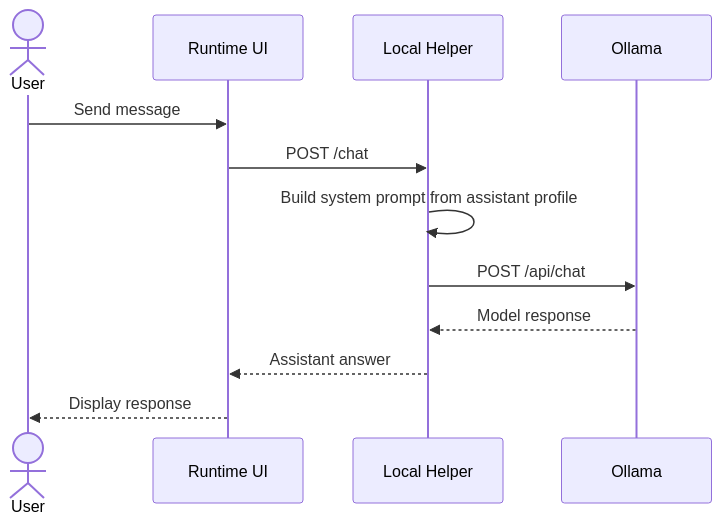
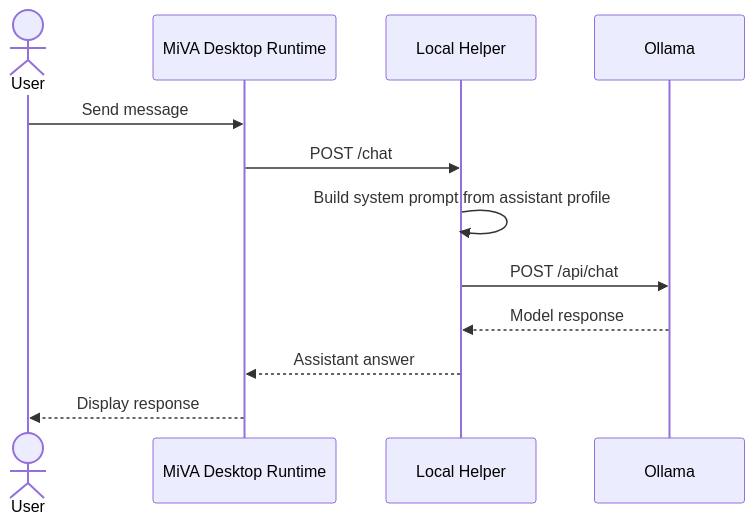
One commit to jimpmg123/MiVA changed the fifth of 7 diagrams in docs/SOFTWARE_DESIGN_DOCUMENT.md. Above: the diagram before and after it, drawn with Mermaid. The commit also changed other lines of this file and 7 other files, not shown here.

````diff
--- a/docs/SOFTWARE_DESIGN_DOCUMENT.md
+++ b/docs/SOFTWARE_DESIGN_DOCUMENT.md
@@ -520,15 +520,15 @@
 ```mermaid
 sequenceDiagram
   actor User
-  participant Runtime as Runtime UI
+  participant Runtime as MiVA Desktop Runtime
   participant Helper as Local Helper
   participant Ollama as Ollama
 
   User->>Runtime: Send message
   Runtime->>Helper: POST /chat
   Helper->>Helper: Build system prompt from assistant profile
   Helper->>Ollama: POST /api/chat
   Ollama-->>Helper: Model response
   Helper-->>Runtime: Assistant answer
   Runtime-->>User: Display response
 ```
````
